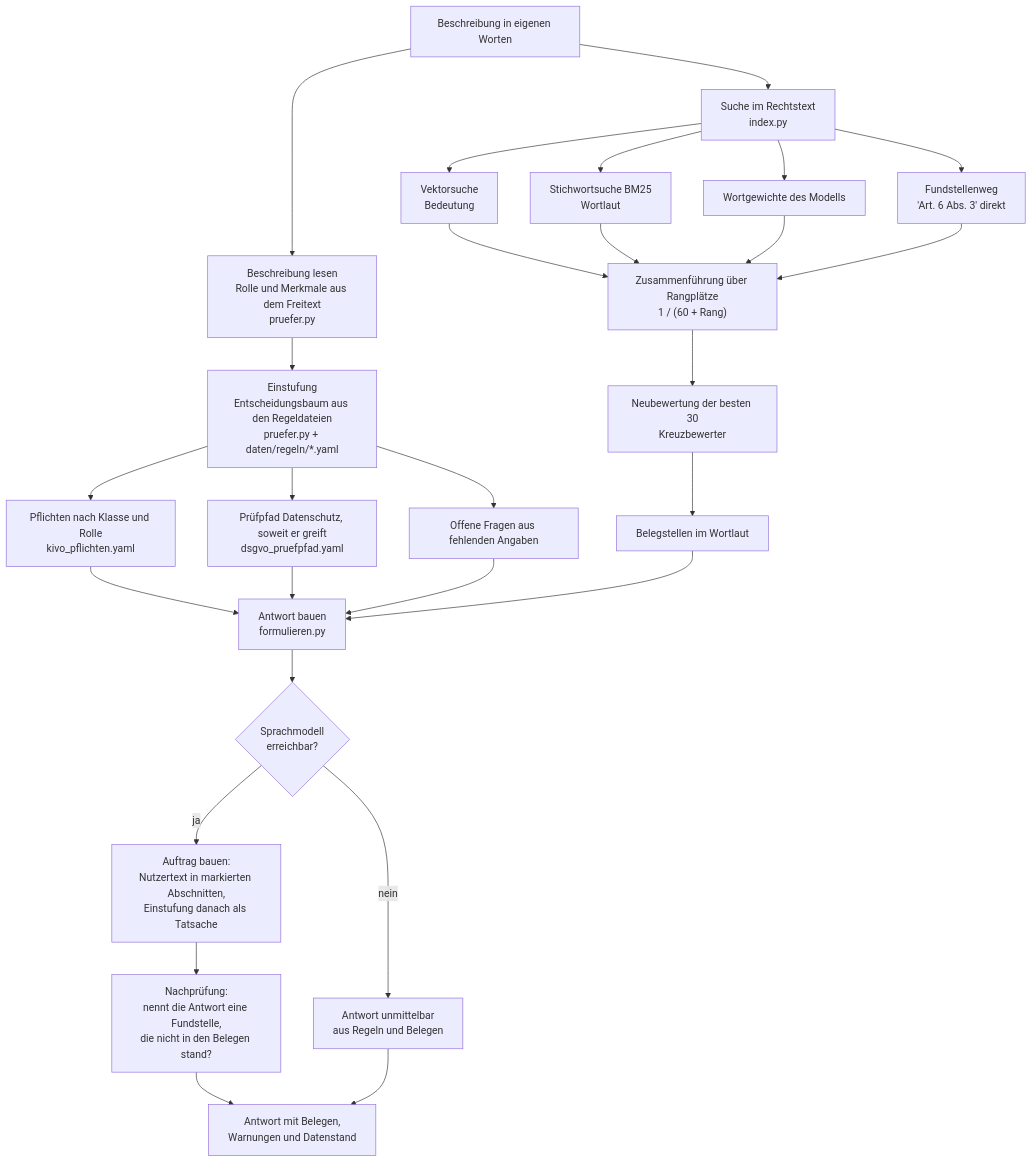
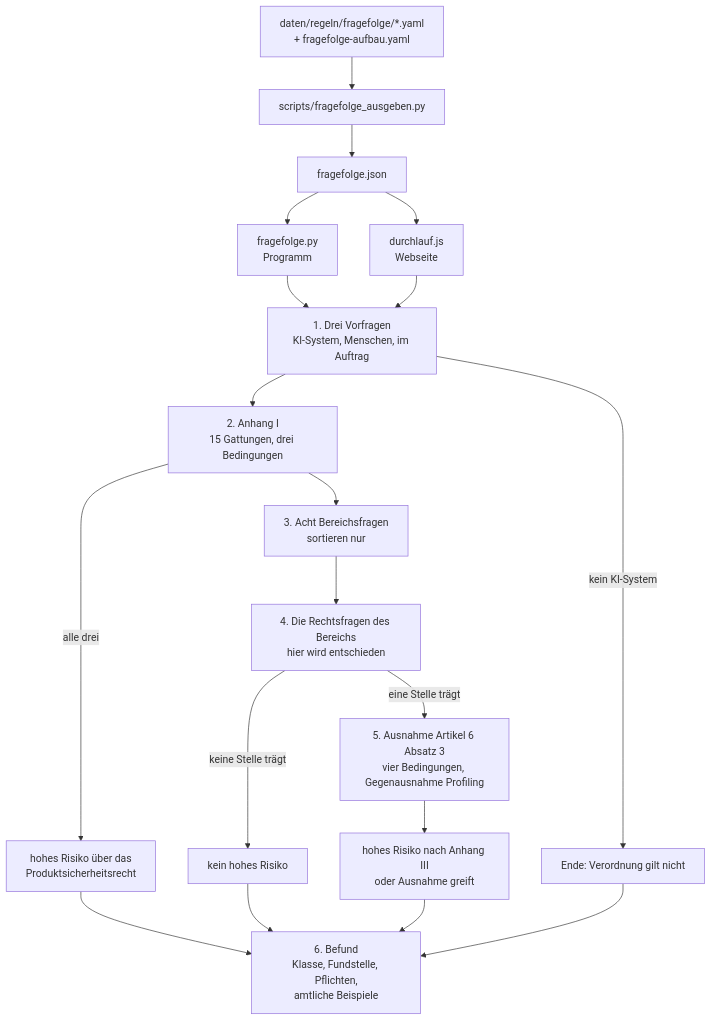
Before and after one commit to DanielHuette/eu-ai-act-dsgvo-konformitaetshelfer: the diagram in docs/architektur.md, drawn with Mermaid. The commit also changed other lines of this file and 151 other files, not shown here.

````diff
--- a/docs/architektur.md
+++ b/docs/architektur.md
@@ -27,31 +48,23 @@
 ```mermaid
 flowchart TD
-    A["Beschreibung in eigenen Worten"] --> B["Beschreibung lesen<br/>Rolle und Merkmale aus dem Freitext<br/>pruefer.py"]
-    B --> C["Einstufung<br/>Entscheidungsbaum aus den Regeldateien<br/>pruefer.py + daten/regeln/*.yaml"]
-    C --> D["Pflichten nach Klasse und Rolle<br/>kivo_pflichten.yaml"]
-    C --> E["Prüfpfad Datenschutz, soweit er greift<br/>dsgvo_pruefpfad.yaml"]
-    C --> F["Offene Fragen aus fehlenden Angaben"]
+    Q["daten/regeln/fragefolge/*.yaml<br/>+ fragefolge-aufbau.yaml"] --> X["scripts/fragefolge_ausgeben.py"]
+    X --> J["fragefolge.json"]
+    J --> P["fragefolge.py<br/>Programm"]
+    J --> W["durchlauf.js<br/>Webseite"]
 
-    A --> G["Suche im Rechtstext<br/>index.py"]
-    G --> G1["Vektorsuche<br/>Bedeutung"]
-    G --> G2["Stichwortsuche BM25<br/>Wortlaut"]
-    G --> G3["Wortgewichte des Modells"]
-    G --> G4["Fundstellenweg<br/>'Art. 6 Abs. 3' direkt"]
-    G1 --> H["Zusammenführung über Rangplätze<br/>1 / (60 + Rang)"]
-    G2 --> H
-    G3 --> H
-    G4 --> H
-    H --> I["Neubewertung der besten 30<br/>Kreuzbewerter"]
-    I --> J["Belegstellen im Wortlaut"]
+    P --> S1["1. Drei Vorfragen<br/>KI-System, Menschen, im Auftrag"]
+    W --> S1
+    S1 -->|kein KI-System| E0["Ende: Verordnung gilt nicht"]
+    S1 --> S2["2. Anhang I<br/>15 Gattungen, drei Bedingungen"]
+    S2 -->|alle drei| E1["hohes Risiko über das<br/>Produktsicherheitsrecht"]
+    S2 --> S3["3. Acht Bereichsfragen<br/>sortieren nur"]
+    S3 --> S4["4. Die Rechtsfragen des Bereichs<br/>hier wird entschieden"]
+    S4 -->|keine Stelle trägt| E2["kein hohes Risiko"]
+    S4 -->|eine Stelle trägt| S5["5. Ausnahme Artikel 6 Absatz 3<br/>vier Bedingungen, Gegenausnahme Profiling"]
+    S5 --> E3["hohes Risiko nach Anhang III<br/>oder Ausnahme greift"]
 
-    D --> K["Antwort bauen<br/>formulieren.py"]
-    E --> K
-    F --> K
-    J --> K
-    K --> L{"Sprachmodell<br/>erreichbar?"}
-    L -- nein --> M["Antwort unmittelbar<br/>aus Regeln und Belegen"]
-    L -- ja --> N["Auftrag bauen:<br/>Nutzertext in markierten Abschnitten,<br/>Einstufung danach als Tatsache"]
-    N --> O["Nachprüfung:<br/>nennt die Antwort eine Fundstelle,<br/>die nicht in den Belegen stand?"]
-    O --> P["Antwort mit Belegen,<br/>Warnungen und Datenstand"]
-    M --> P
+    E1 --> B["6. Befund<br/>Klasse, Fundstelle, Pflichten,<br/>amtliche Beispiele"]
+    E2 --> B
+    E3 --> B
+    E0 --> B
 ```
````
